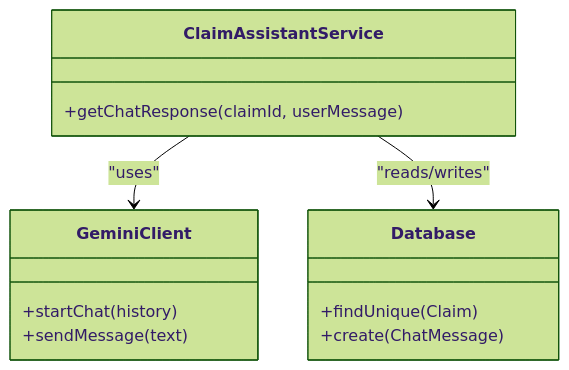
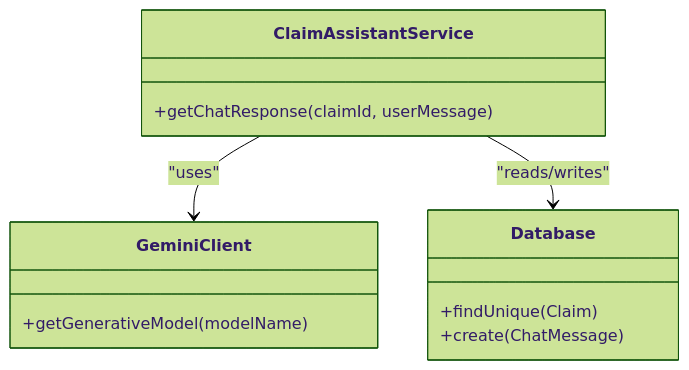
Before and after one commit to NaveenHiranya/Smart-Vehicle-Insurance-Claim-System: the fourth of 8 diagrams in .qoder/repowiki/en/content/AI Services Integration/Claim Assistant Chat Service.md, drawn with Mermaid (forest theme). The commit also changed other lines of this file and 183 other files, not shown here.

````diff
--- a/.qoder/repowiki/en/content/AI Services Integration/Claim Assistant Chat Service.md
+++ b/.qoder/repowiki/en/content/AI Services Integration/Claim Assistant Chat Service.md
@@ -142,16 +137,15 @@
 ```mermaid
 classDiagram
 class ClaimAssistantService {
 +getChatResponse(claimId, userMessage)
 }
 class GeminiClient {
-+startChat(history)
-+sendMessage(text)
++getGenerativeModel(modelName)
 }
 class Database {
 +findUnique(Claim)
 +create(ChatMessage)
 }
 ClaimAssistantService --> GeminiClient : "uses"
 ClaimAssistantService --> Database : "reads/writes"
 ```
````
